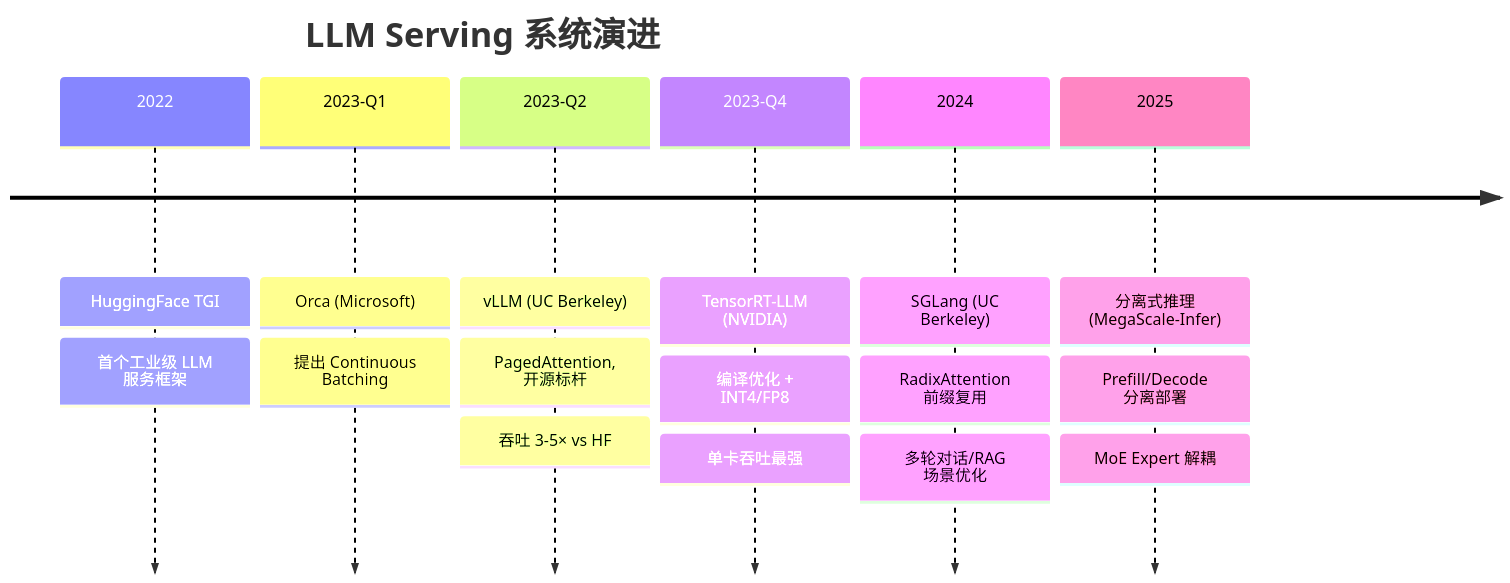
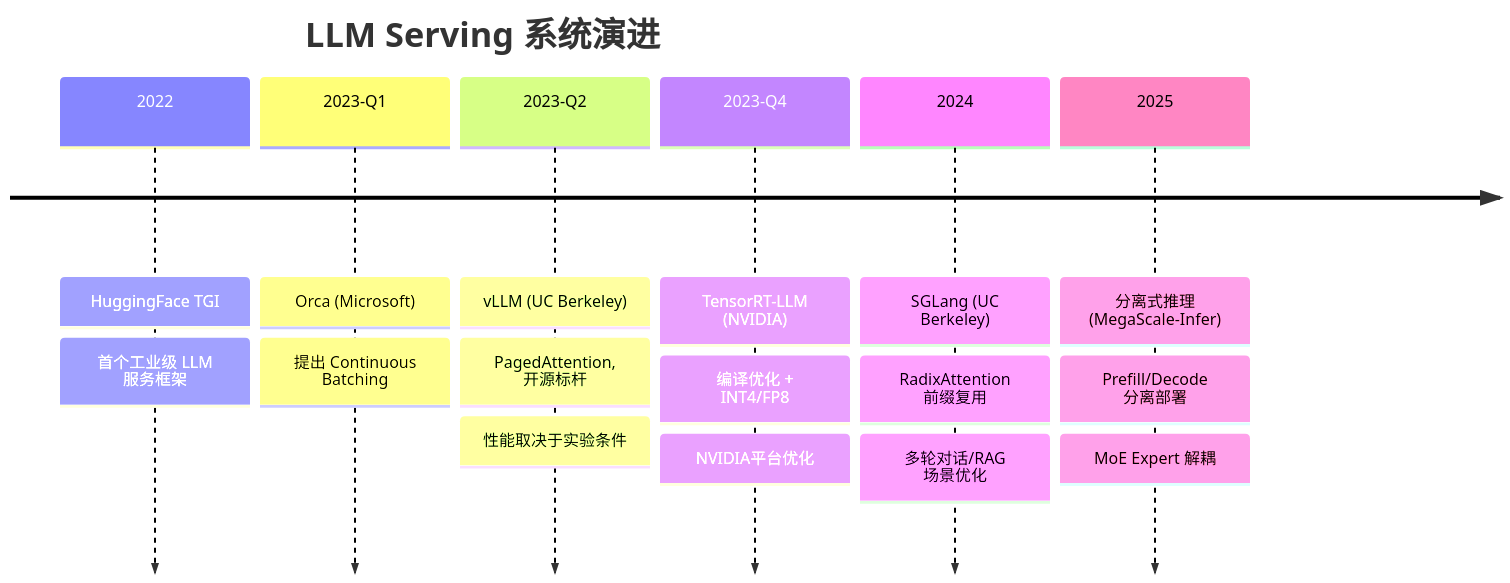
One commit to BoyuXu/ai_kb_by changed the diagram in llm-agent/llm-infra/synthesis/LLMServing系统实践.md. Above: the diagram before and after it, drawn with Mermaid. The commit also changed other lines of this file and 2 other files, not shown here.

````diff
--- a/llm-agent/llm-infra/synthesis/LLMServing系统实践.md
+++ b/llm-agent/llm-infra/synthesis/LLMServing系统实践.md
@@ -33,20 +35,20 @@
 ```mermaid
 timeline
     title LLM Serving 系统演进
     2022 : HuggingFace TGI
          : 首个工业级 LLM 服务框架
     2023-Q1 : Orca (Microsoft)
             : 提出 Continuous Batching
     2023-Q2 : vLLM (UC Berkeley)
             : PagedAttention, 开源标杆
-            : 吞吐 3-5× vs HF
+            : 性能取决于实验条件
     2023-Q4 : TensorRT-LLM (NVIDIA)
             : 编译优化 + INT4/FP8
-            : 单卡吞吐最强
+            : NVIDIA平台优化
     2024 : SGLang (UC Berkeley)
          : RadixAttention 前缀复用
          : 多轮对话/RAG 场景优化
     2025 : 分离式推理 (MegaScale-Infer)
          : Prefill/Decode 分离部署
          : MoE Expert 解耦
 ```
````
